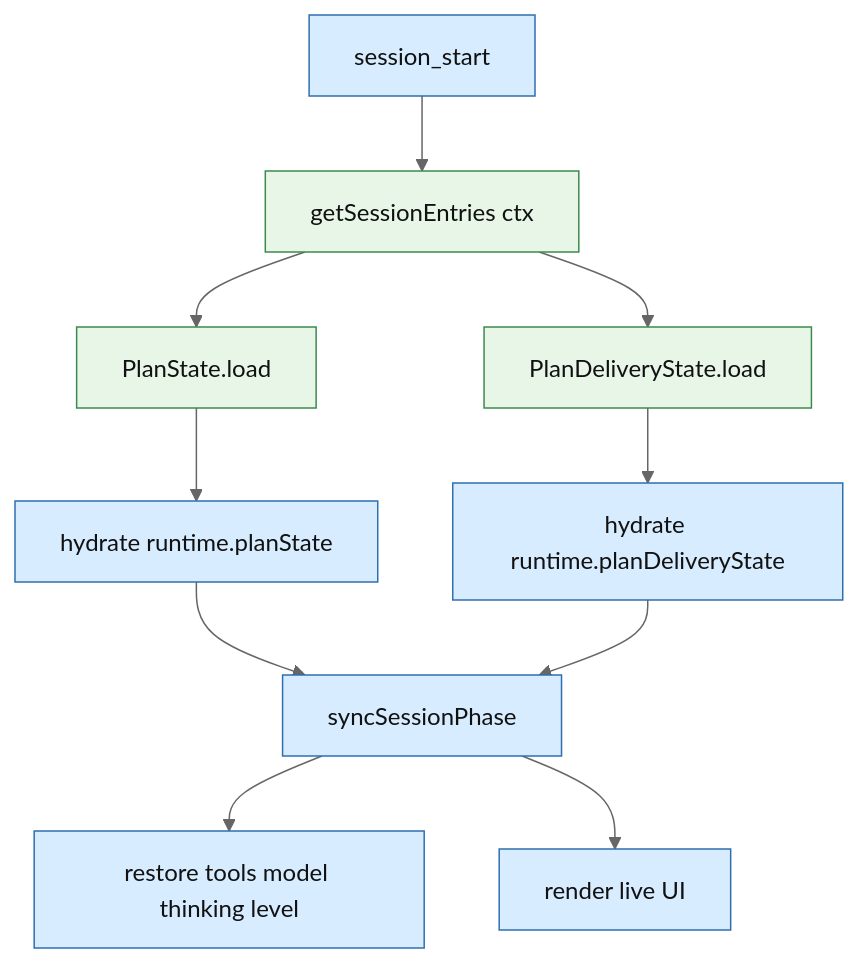
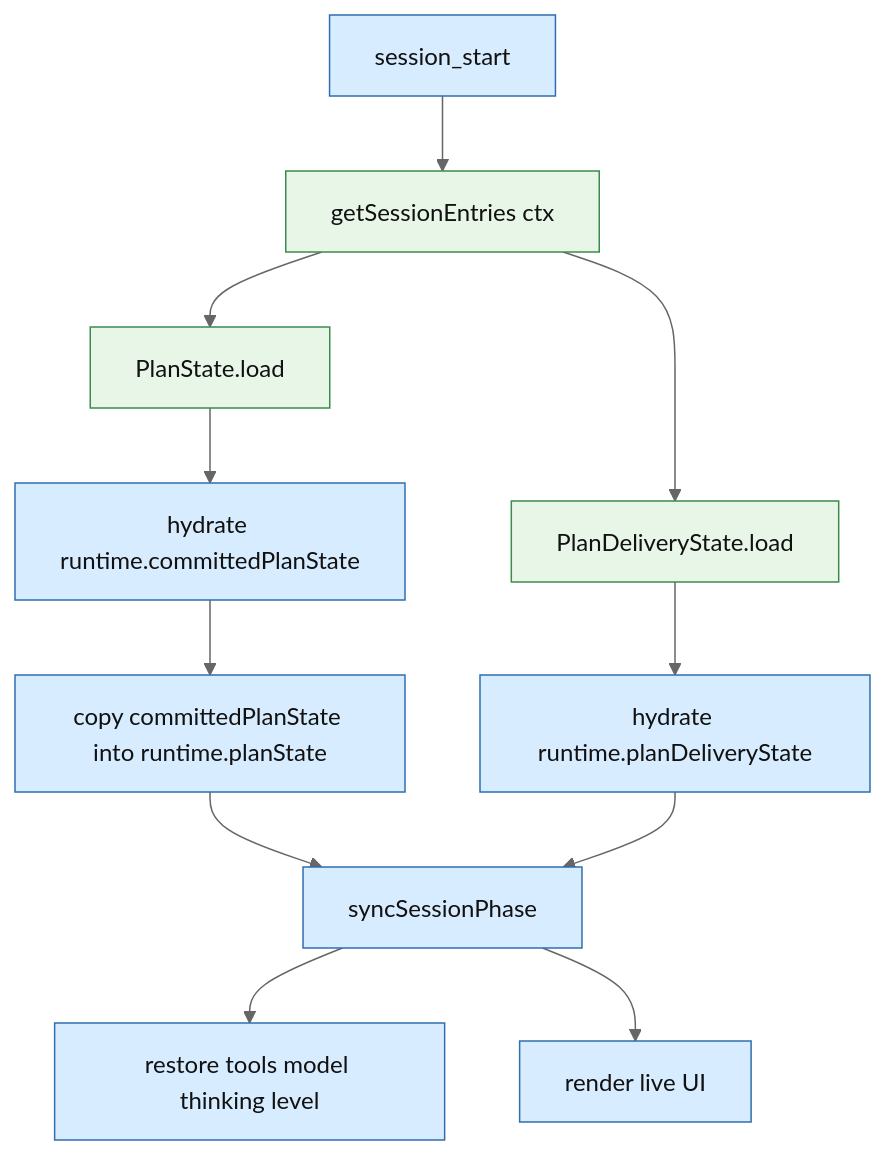
Before and after one commit to pyronaur/nplan: the second of 2 diagrams in docs/mermaid-plan-state-information-architecture.md, drawn with Mermaid (neutral theme). The commit also changed other lines of this file and 13 other files, not shown here.

````diff
--- a/docs/mermaid-plan-state-information-architecture.md
+++ b/docs/mermaid-plan-state-information-architecture.md
@@ -202,17 +184,18 @@
 ```mermaid
 flowchart TD
     A[session_start] --> B[getSessionEntries ctx]
     B --> C[PlanState.load]
     B --> D[PlanDeliveryState.load]
-    C --> E[hydrate runtime.planState]
-    D --> F[hydrate runtime.planDeliveryState]
-    E --> G[syncSessionPhase]
-    F --> G
-    G --> H[restore tools model thinking level]
-    G --> I[render live UI]
+    C --> E[hydrate runtime.committedPlanState]
+    E --> F[copy committedPlanState into runtime.planState]
+    D --> G[hydrate runtime.planDeliveryState]
+    F --> H[syncSessionPhase]
+    G --> H
+    H --> I[restore tools model thinking level]
+    H --> J[render live UI]
 
     classDef persisted fill:#e8f6e8,stroke:#3d8a4d,color:#111;
     classDef logic fill:#d8ecff,stroke:#2f6fb0,color:#111;
     class B,C,D persisted;
-    class A,E,F,G,H,I logic;
+    class A,E,F,G,H,I,J logic;
 ```
````
